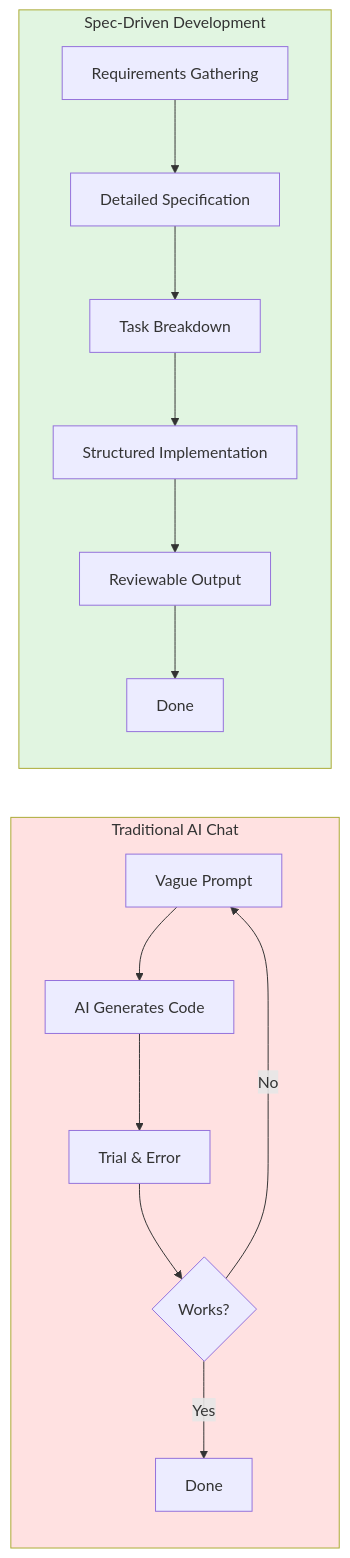
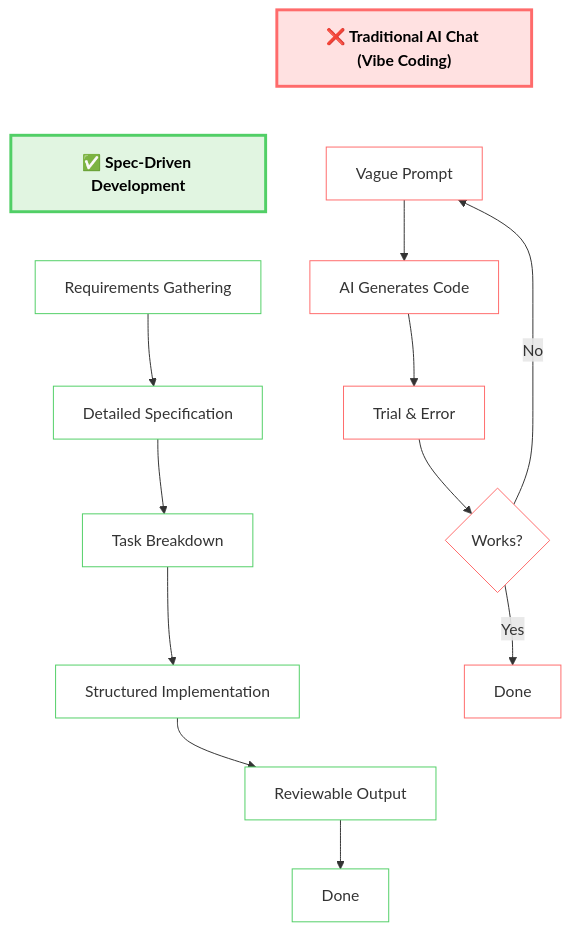
One commit to koustubh25/station-station changed the second of 4 diagrams in agent-os/specs/2025-11-03-technical-blog-sdd/planning/diagram-templates-final.md. Above: the diagram before and after it, drawn with Mermaid. The commit also changed 9 other files, not shown here.

First line of the commit message:
feat: publish SDD blog series to Dev.to with diagrams

````diff
--- a/agent-os/specs/2025-11-03-technical-blog-sdd/planning/diagram-templates-final.md
+++ b/agent-os/specs/2025-11-03-technical-blog-sdd/planning/diagram-templates-final.md
@@ -60,23 +60,51 @@
 ```mermaid
-flowchart LR
-    subgraph Traditional["Traditional AI Chat"]
-        direction TB
-        T1[Vague Prompt] --> T2[AI Generates Code]
-        T2 --> T3[Trial & Error]
-        T3 --> T4{Works?}
-        T4 -->|No| T1
-        T4 -->|Yes| T5[Done]
-    end
+graph TB
+    TH["<b>❌ Traditional AI Chat (Vibe Coding)</b>"]
+    T1[Vague Prompt]
+    T2[AI Generates Code]
+    T3[Trial & Error]
+    T4{Works?}
+    T5[Done]
 
-    subgraph SDD["Spec-Driven Development"]
-        direction TB
-        S1[Requirements Gathering] --> S2[Detailed Specification]
-        S2 --> S3[Task Breakdown]
-        S3 --> S4[Structured Implementation]
-        S4 --> S5[Reviewable Output]
-        S5 --> S6[Done]
-    end
+    SH["<b>✅ Spec-Driven Development</b>"]
+    S1[Requirements Gathering]
+    S2[Detailed Specification]
+    S3[Task Breakdown]
+    S4[Structured Implementation]
+    S5[Reviewable Output]
+    S6[Done]
 
-    style Traditional fill:#ffe1e1
-    style SDD fill:#e1f5e1
+    TH ~~~ T1
+    T1 --> T2
+    T2 --> T3
+    T3 --> T4
+    T4 -->|No| T1
+    T4 -->|Yes| T5
+
+    SH ~~~ S1
+    S1 --> S2
+    S2 --> S3
+    S3 --> S4
+    S4 --> S5
+    S5 --> S6
+
+    T1 ~~~ S1
+    T2 ~~~ S2
+    T3 ~~~ S3
+    T4 ~~~ S4
+    T5 ~~~ S5
+
+    style TH fill:#ffe1e1,stroke:#ff6b6b,stroke-width:3px,color:#000
+    style SH fill:#e1f5e1,stroke:#51cf66,stroke-width:3px,color:#000
+    style T1 fill:#fff,stroke:#ff6b6b
+    style T2 fill:#fff,stroke:#ff6b6b
+    style T3 fill:#fff,stroke:#ff6b6b
+    style T4 fill:#fff,stroke:#ff6b6b
+    style T5 fill:#fff,stroke:#ff6b6b
+    style S1 fill:#fff,stroke:#51cf66
+    style S2 fill:#fff,stroke:#51cf66
+    style S3 fill:#fff,stroke:#51cf66
+    style S4 fill:#fff,stroke:#51cf66
+    style S5 fill:#fff,stroke:#51cf66
+    style S6 fill:#fff,stroke:#51cf66
 ```
````
